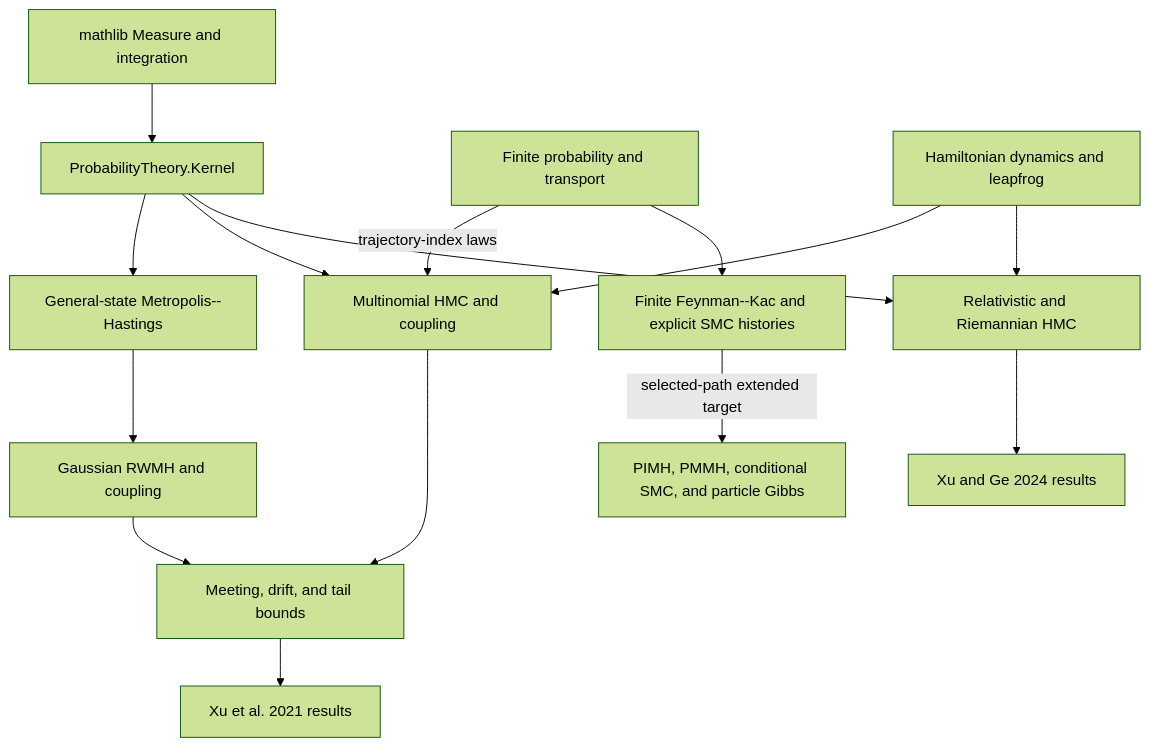
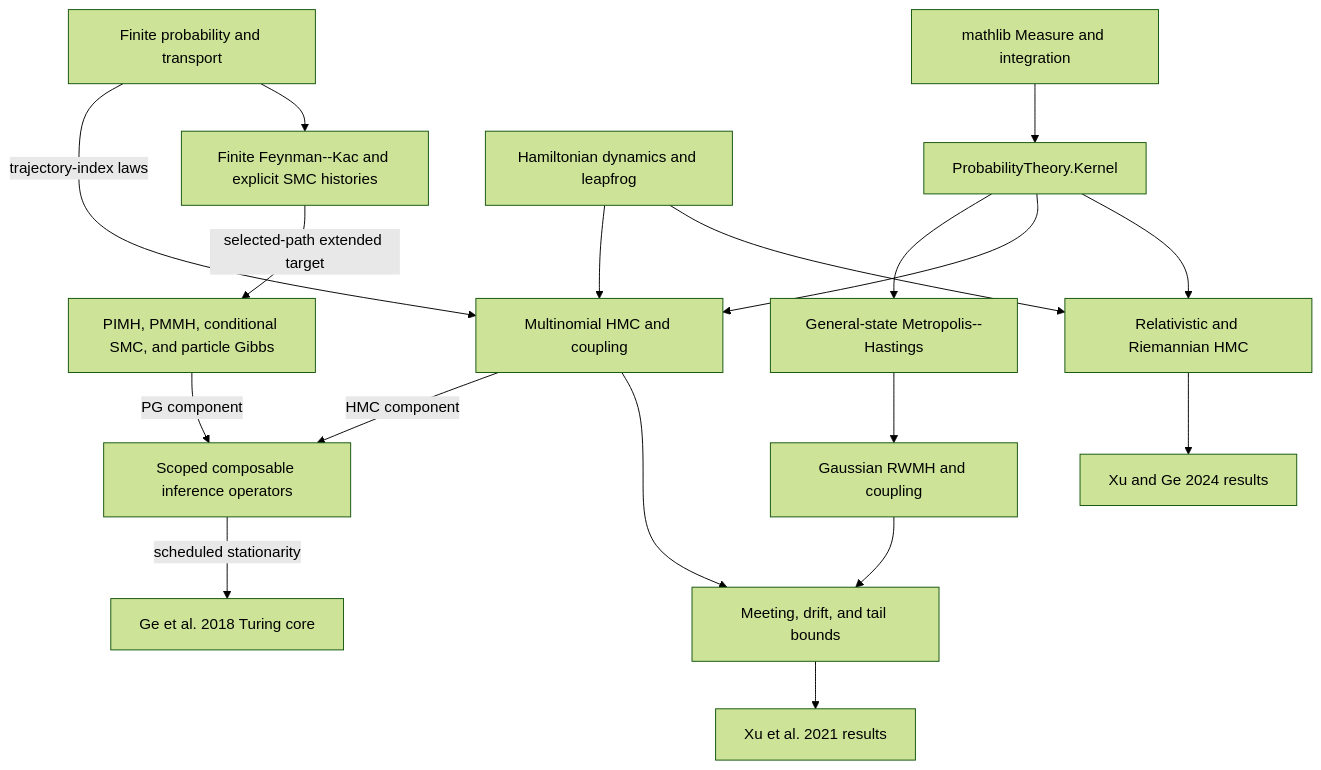
Before and after one commit to xukai92/mcmc-lean: the first of 2 diagrams in docs/generated/architecture-graphs.md, drawn with Mermaid (forest theme). The commit also changed 25 other files, not shown here.

Commit message:
Add composable inference and particle Gibbs runtime

````diff
--- a/docs/generated/architecture-graphs.md
+++ b/docs/generated/architecture-graphs.md
@@ -9,30 +9,35 @@
 ```mermaid
 flowchart TB
   measure["mathlib Measure and integration"]
   kernel["ProbabilityTheory.Kernel"]
   finite["Finite probability and transport"]
   smc["Finite Feynman--Kac and explicit SMC histories"]
   pmcmc["PIMH, PMMH, conditional SMC, and particle Gibbs"]
+  composable["Scoped composable inference operators"]
+  ge18["Ge et al. 2018 Turing core"]
   mh["General-state Metropolis--Hastings"]
   rwmh["Gaussian RWMH and coupling"]
   dynamics["Hamiltonian dynamics and leapfrog"]
   hmc["Multinomial HMC and coupling"]
   meeting["Meeting, drift, and tail bounds"]
   xu21["Xu et al. 2021 results"]
   relativistic["Relativistic and Riemannian HMC"]
   xu24["Xu and Ge 2024 results"]
   measure --> kernel
   kernel --> mh
   finite -->|trajectory-index laws| hmc
   finite --> smc
   smc -->|selected-path extended target| pmcmc
+  pmcmc -->|PG component| composable
   mh --> rwmh
   dynamics --> hmc
   kernel --> hmc
+  hmc -->|HMC component| composable
+  composable -->|scheduled stationarity| ge18
   rwmh --> meeting
   hmc --> meeting
   meeting --> xu21
   dynamics --> relativistic
   kernel --> relativistic
   relativistic --> xu24
 ```
````
